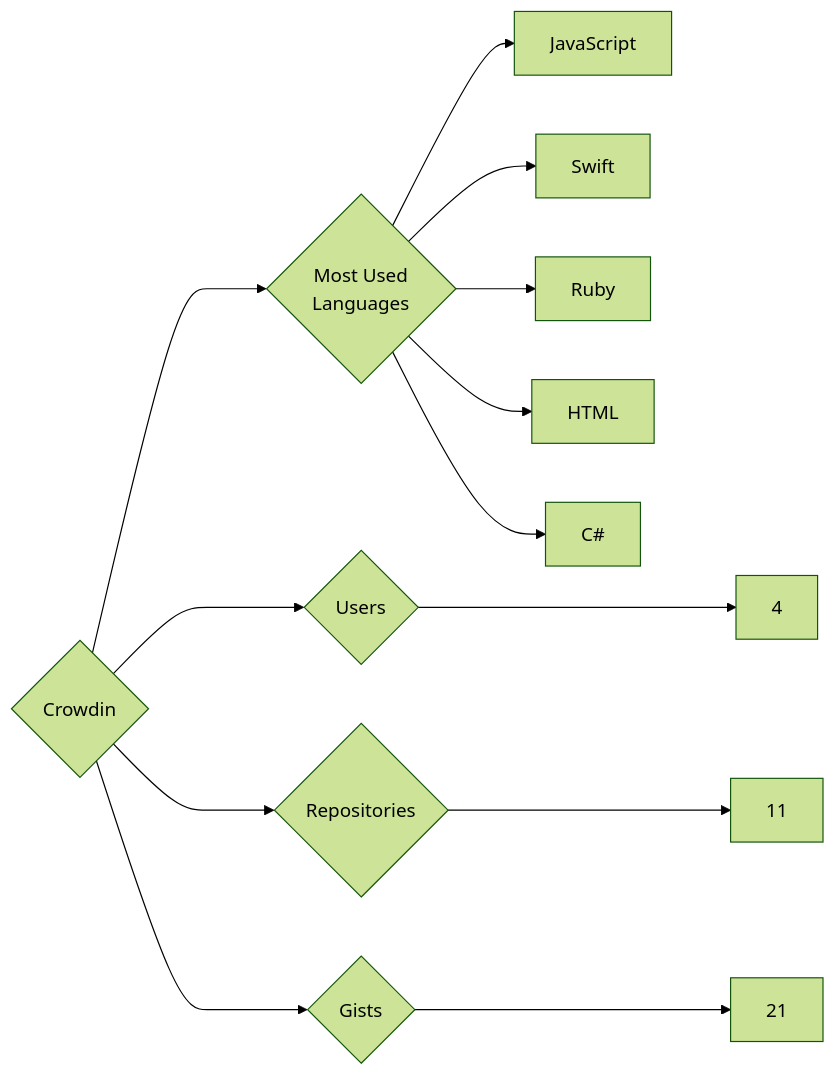
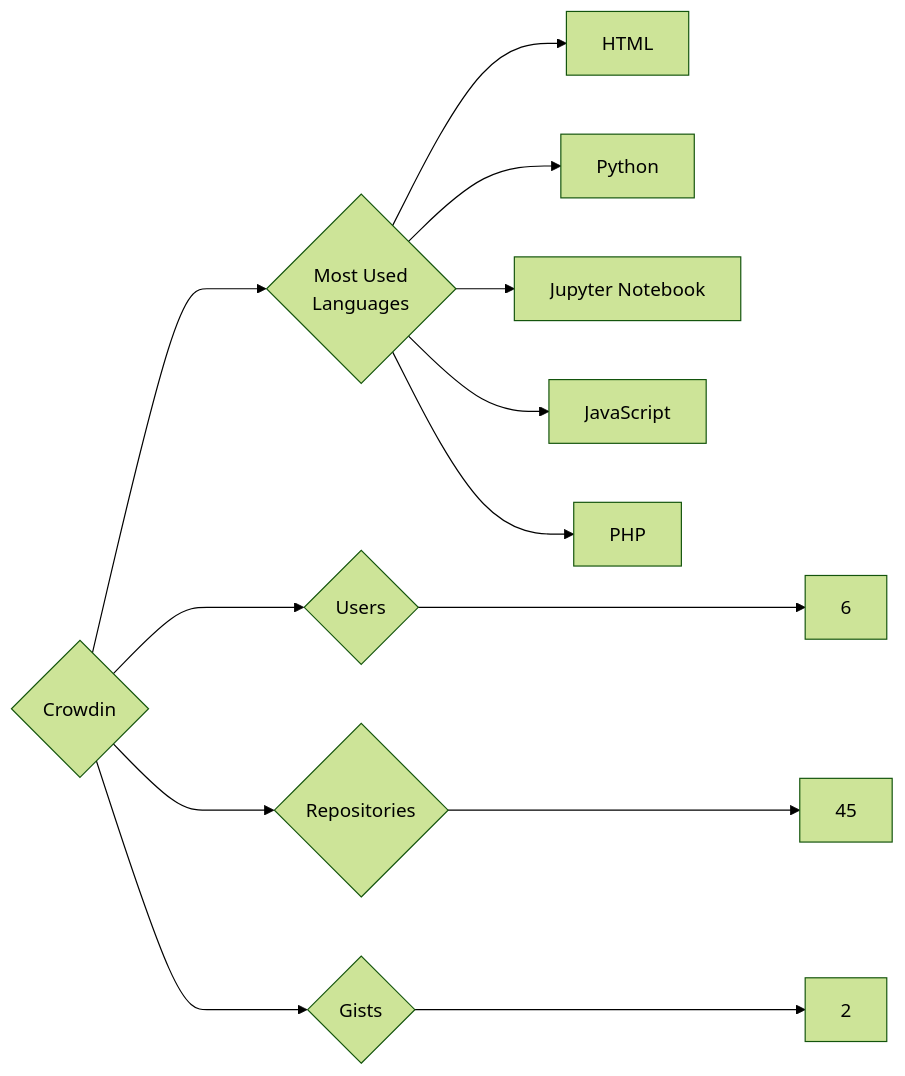
Before and after one commit to trickest/insiders: the diagram in targets/Crowdin/README.md, drawn with Mermaid (forest theme). The commit also changed 857 other files, not shown here.

````diff
--- a/targets/Crowdin/README.md
+++ b/targets/Crowdin/README.md
@@ -3,13 +3,13 @@
 ```mermaid
 graph LR
 COMPANY_NAME{Crowdin}
-COMPANY_NAME ---> U{Users} ---> UN[4]
-COMPANY_NAME ---> R{Repositories} ---> RN[11]
-COMPANY_NAME ---> G{Gists} ---> GN[21]
+COMPANY_NAME ---> U{Users} ---> UN[6]
+COMPANY_NAME ---> R{Repositories} ---> RN[45]
+COMPANY_NAME ---> G{Gists} ---> GN[2]
 COMPANY_NAME ---> ML{Most Used<br>Languages}
+ML --> HTML[HTML]
+ML --> Python[Python]
+ML --> Jupyter_Notebook[Jupyter Notebook]
 ML --> JavaScript[JavaScript]
-ML --> Swift[Swift]
-ML --> Ruby[Ruby]
-ML --> HTML[HTML]
-ML --> C#[C#]
+ML --> PHP[PHP]
 ```
````
